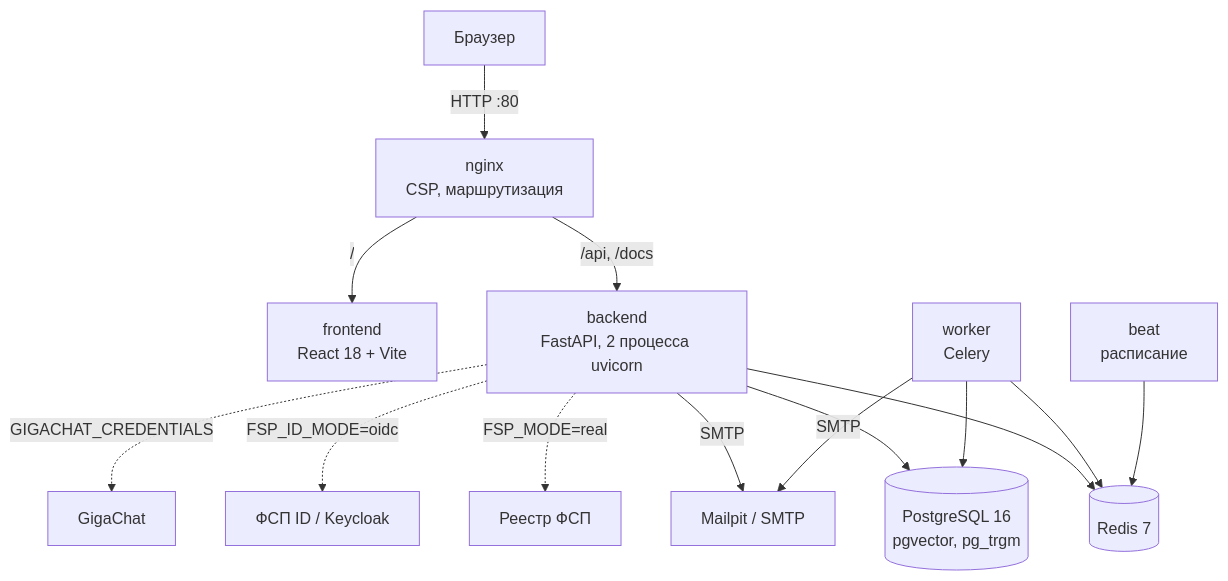
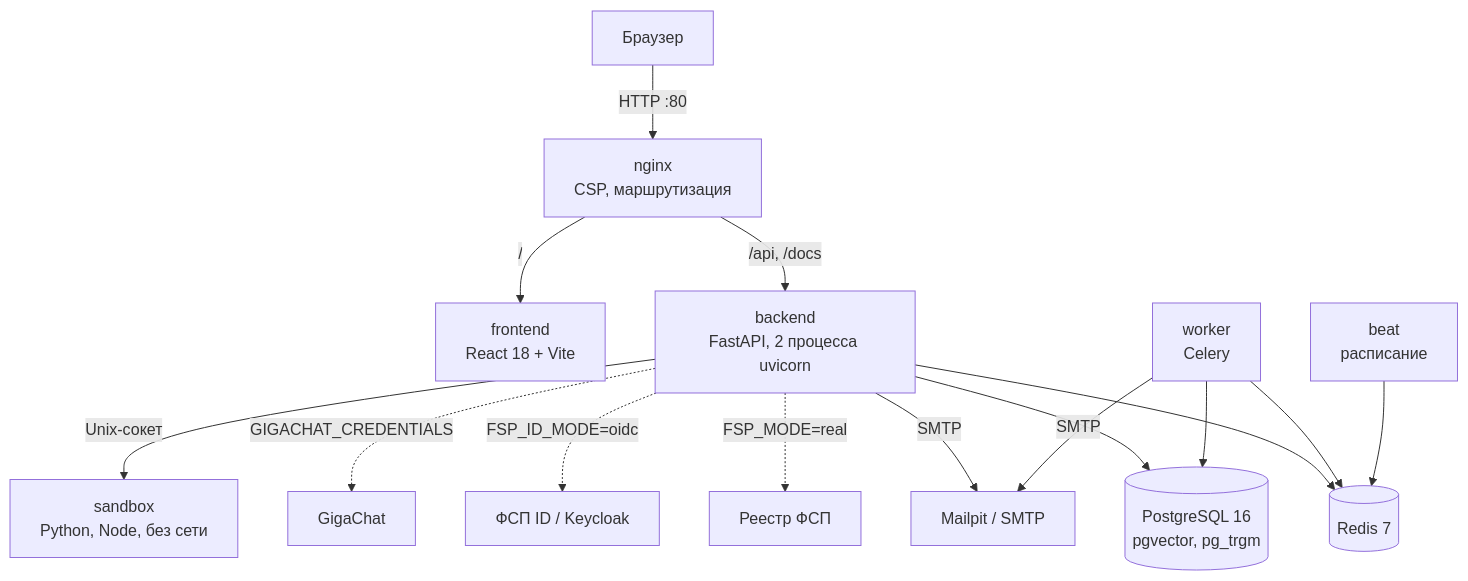
The second of 2 diagrams in docs/SOLUTION.md (KonkovDV/fsp-talent), drawn with Mermaid before and after one commit. The commit also changed other lines of this file and 18 other files, not shown here.

Commit message:
Решения задач с кодом выполняются в отдельном контейнере без сети, с корнем только для чтения и жёсткими лимитами. API говорит с ним через Unix-сокет с токеном.

````diff
--- a/docs/SOLUTION.md
+++ b/docs/SOLUTION.md
@@ -63,16 +63,17 @@
 ```mermaid
 flowchart TB
   U[Браузер] -->|HTTP :80| NG[nginx<br/>CSP, маршрутизация]
   NG -->|/| FE[frontend<br/>React 18 + Vite]
   NG -->|/api, /docs| BE[backend<br/>FastAPI, 2 процесса uvicorn]
   BE --> PG[(PostgreSQL 16<br/>pgvector, pg_trgm)]
   BE --> RD[(Redis 7)]
   WK[worker<br/>Celery] --> PG
   WK --> RD
   BT[beat<br/>расписание] --> RD
   BE -->|SMTP| MP[Mailpit / SMTP]
   WK -->|SMTP| MP
   BE -.->|FSP_MODE=real| REG[Реестр ФСП]
   BE -.->|FSP_ID_MODE=oidc| KC[ФСП ID / Keycloak]
   BE -.->|GIGACHAT_CREDENTIALS| GC[GigaChat]
+  BE -->|Unix-сокет| SB[sandbox<br/>Python, Node, без сети]
 ```
````
